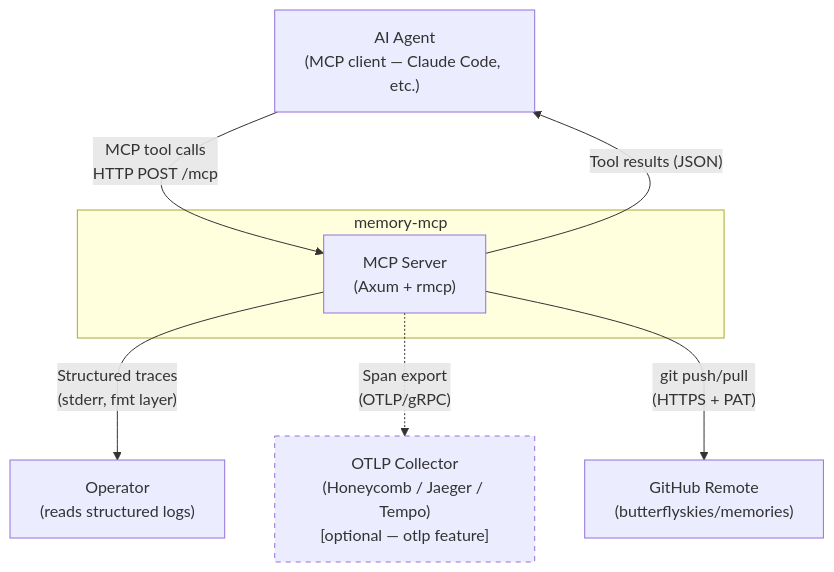
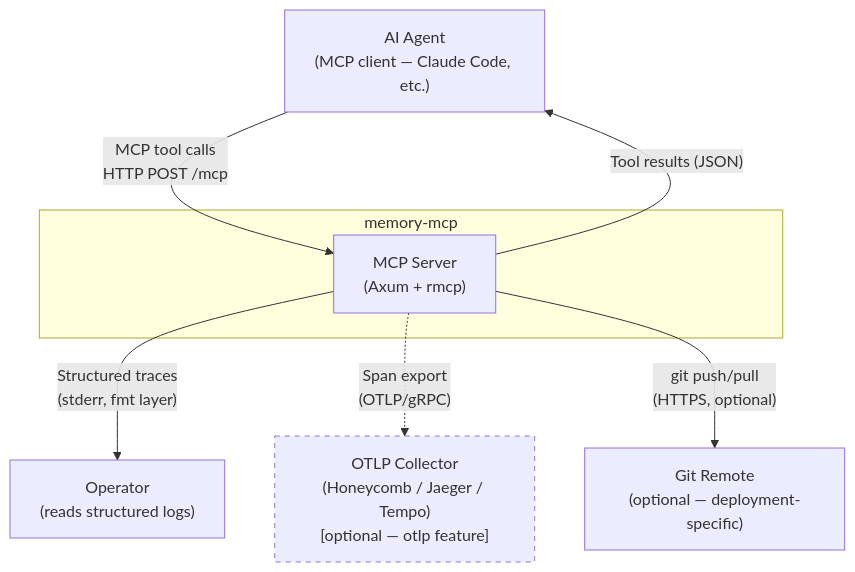
The first of 5 diagrams in docs/design/tracing/architecture.md (butterflyskies/memory-mcp), drawn with Mermaid before and after one commit. The commit also changed other lines of this file and 4 other files, not shown here.

````diff
--- a/docs/design/tracing/architecture.md
+++ b/docs/design/tracing/architecture.md
@@ -108,19 +110,19 @@
 ```mermaid
 graph TB
     agent["AI Agent\n(MCP client — Claude Code, etc.)"]
     operator["Operator\n(reads structured logs)"]
     collector["OTLP Collector\n(Honeycomb / Jaeger / Tempo)\n[optional — otlp feature]"]
-    remote["GitHub Remote\n(butterflyskies/memories)"]
+    remote["Git Remote\n(optional — deployment-specific)"]
 
     subgraph memory_mcp["memory-mcp"]
         server["MCP Server\n(Axum + rmcp)"]
     end
 
     agent -->|"MCP tool calls\nHTTP POST /mcp"| server
     server -->|"Tool results (JSON)"| agent
     server -->|"Structured traces\n(stderr, fmt layer)"| operator
     server -.->|"Span export\n(OTLP/gRPC)"| collector
-    server -->|"git push/pull\n(HTTPS + PAT)"| remote
+    server -->|"git push/pull\n(HTTPS, optional)"| remote
 
     style collector stroke-dasharray: 5 5
 ```
````
